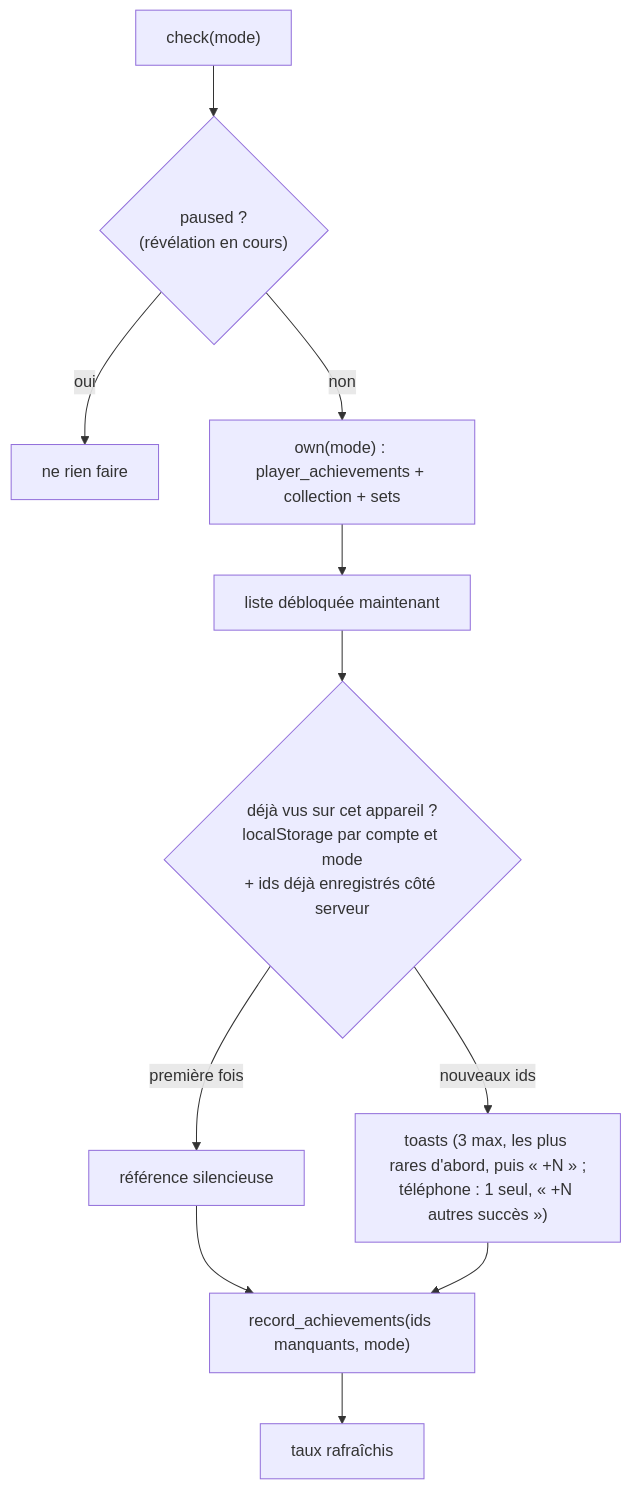
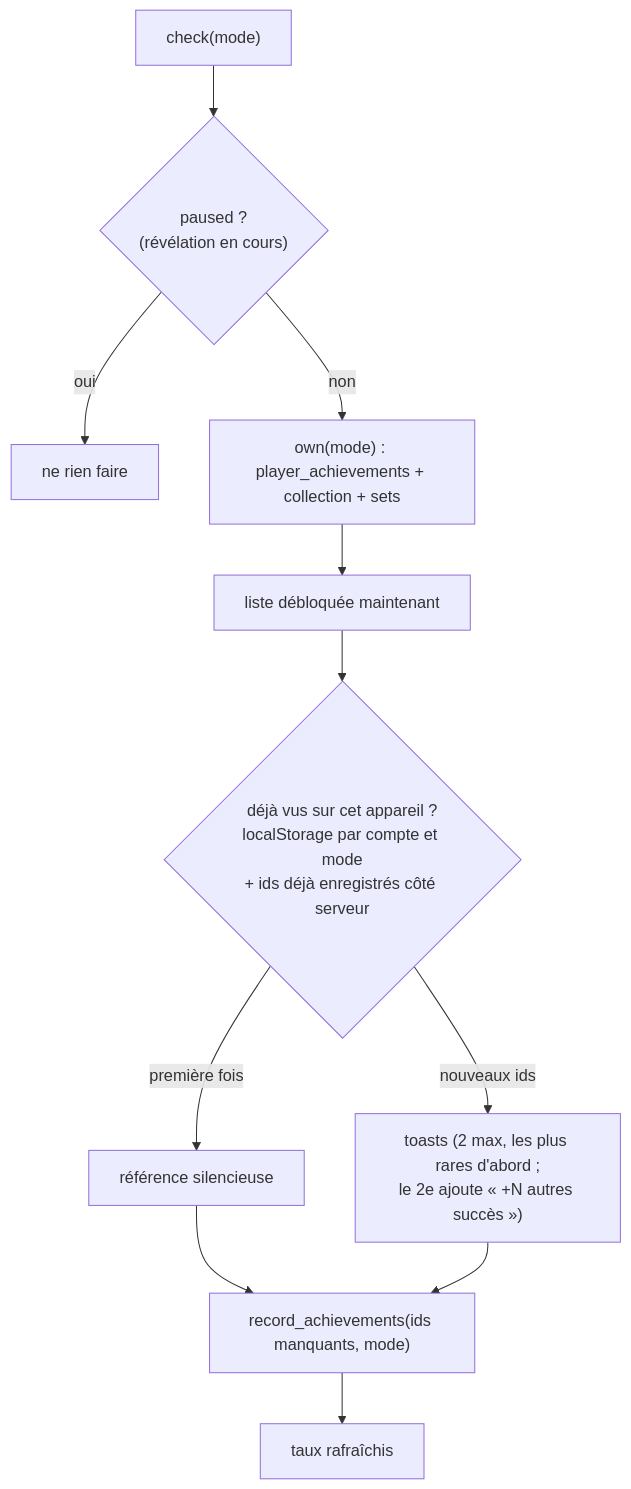
The fifth of 10 diagrams in docs/technique/05-parcours.md (LBasil/pokemon-booster-game), drawn with Mermaid before and after one commit. The commit also changed other lines of this file and 39 other files, not shown here.

````diff
--- a/docs/technique/05-parcours.md
+++ b/docs/technique/05-parcours.md
@@ -566,13 +592,13 @@
 ```mermaid
 flowchart TD
   A["check(mode)"] --> B{"paused ?<br/>(révélation en cours)"}
   B -- oui --> Z[ne rien faire]
   B -- non --> C["own(mode) : player_achievements + collection + sets"]
   C --> D["liste débloquée maintenant"]
   D --> E{"déjà vus sur cet appareil ?<br/>localStorage par compte et mode<br/>+ ids déjà enregistrés côté serveur"}
   E -- "première fois" --> F["référence silencieuse"]
-  E -- "nouveaux ids" --> G["toasts (3 max, les plus rares d'abord, puis « +N » ;<br/>téléphone : 1 seul, « +N autres succès »)"]
+  E -- "nouveaux ids" --> G["toasts (2 max, les plus rares d'abord ;<br/>le 2e ajoute « +N autres succès »)"]
   F --> H["record_achievements(ids manquants, mode)"]
   G --> H
   H --> I["taux rafraîchis"]
 ```
````
